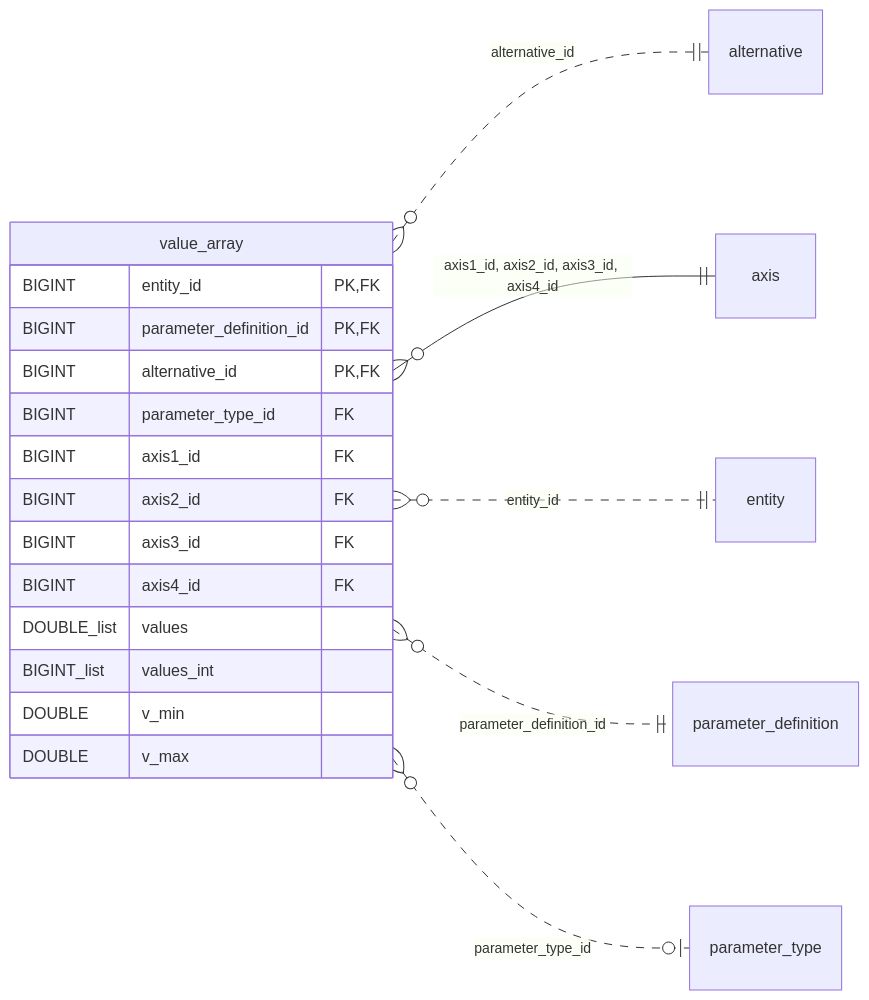
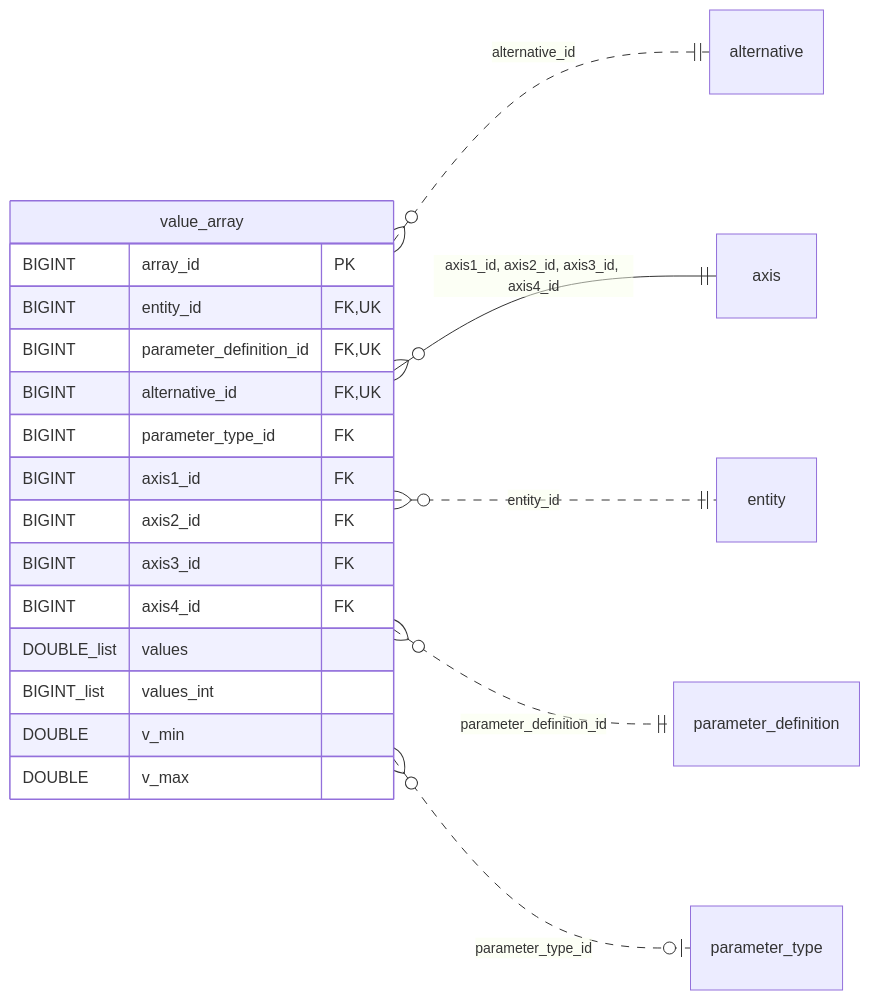
Before and after one commit to nodal-tools/nodal-db: the sixth of 15 diagrams in docs/_generated/schema_diagrams.md, drawn with Mermaid. The commit also changed other lines of this file and 6 other files, not shown here.

First line of the commit message:
Docs: array_id on the schema, architecture and rationale pages

````diff
--- a/docs/_generated/schema_diagrams.md
+++ b/docs/_generated/schema_diagrams.md
@@ -538,23 +538,24 @@
 ```mermaid
 erDiagram
     direction LR
     value_array {
-        BIGINT entity_id PK,FK
-        BIGINT parameter_definition_id PK,FK
-        BIGINT alternative_id PK,FK
+        BIGINT array_id PK
+        BIGINT entity_id FK,UK
+        BIGINT parameter_definition_id FK,UK
+        BIGINT alternative_id FK,UK
         BIGINT parameter_type_id FK
         BIGINT axis1_id FK
         BIGINT axis2_id FK
         BIGINT axis3_id FK
         BIGINT axis4_id FK
         DOUBLE_list values
         BIGINT_list values_int
         DOUBLE v_min
         DOUBLE v_max
     }
     value_array }o..|| alternative : "alternative_id"
     value_array }o--|| axis : "axis1_id, axis2_id, axis3_id, axis4_id"
     value_array }o..|| entity : "entity_id"
     value_array }o..|| parameter_definition : "parameter_definition_id"
     value_array }o..o| parameter_type : "parameter_type_id"
 ```
````
